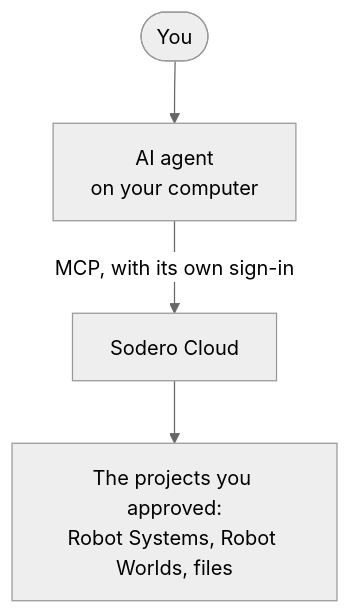
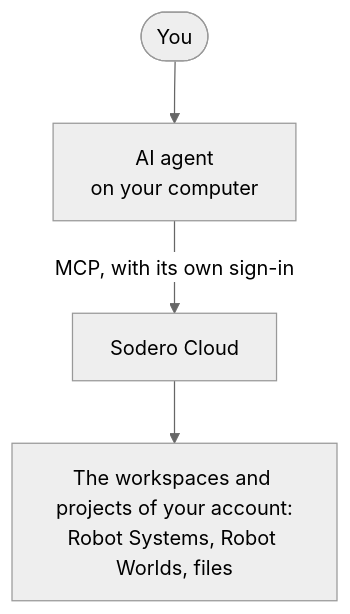
The diagram in sodero-cloud/docs/connect/ai_agents/index.md (Sodero-labs/docs), drawn with Mermaid (neutral theme) before and after one commit. The commit also changed other lines of this file and 124 other files, not shown here.

````diff
--- a/sodero-cloud/docs/connect/ai_agents/index.md
+++ b/sodero-cloud/docs/connect/ai_agents/index.md
@@ -13,6 +13,6 @@
 ```mermaid
 flowchart TB
     You(["You"]) --> Agent["AI agent<br>on your computer"]
     Agent -- "MCP, with its own sign-in" --> Cloud["Sodero Cloud"]
-    Cloud --> Projects["The projects you approved:<br>Robot Systems, Robot Worlds, files"]
+    Cloud --> Projects["The workspaces and projects of your account:<br>Robot Systems, Robot Worlds, files"]
 ```
````
